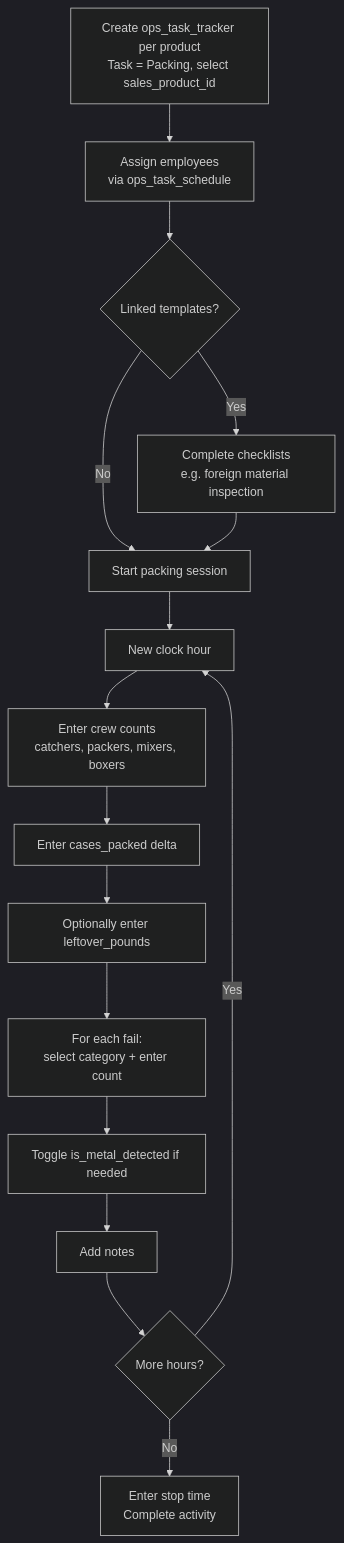
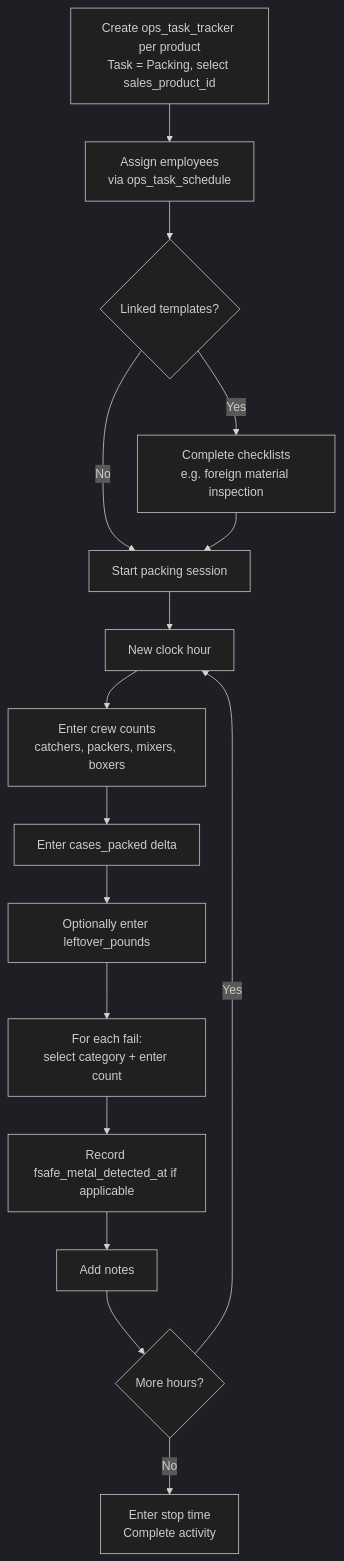
One commit to Hawaii-Farming/aloha-app changed the diagram in docs/processes/20260401000010_pack_productivity_workflow.md. Above: the diagram before and after it, drawn with Mermaid (dark theme). The commit also changed 34 other files, not shown here.

````diff
--- a/docs/processes/20260401000010_pack_productivity_workflow.md
+++ b/docs/processes/20260401000010_pack_productivity_workflow.md
@@ -64,18 +64,18 @@
 ```mermaid
 flowchart TD
     A[Create ops_task_tracker per product\nTask = Packing, select sales_product_id] --> A1[Assign employees\nvia ops_task_schedule]
     A1 --> A2{Linked templates?}
     A2 -->|Yes| A3[Complete checklists\ne.g. foreign material inspection]
     A2 -->|No| B
     A3 --> B[Start packing session]
     B --> C[New clock hour]
     C --> D[Enter crew counts\ncatchers, packers, mixers, boxers]
     D --> E[Enter cases_packed delta]
     E --> F[Optionally enter leftover_pounds]
     F --> G[For each fail:\nselect category + enter count]
-    G --> H[Toggle is_metal_detected if needed]
+    G --> H[Record fsafe_metal_detected_at if applicable]
     H --> I[Add notes]
     I --> J{More hours?}
     J -->|Yes| C
     J -->|No| K[Enter stop time\nComplete activity]
 ```
````
